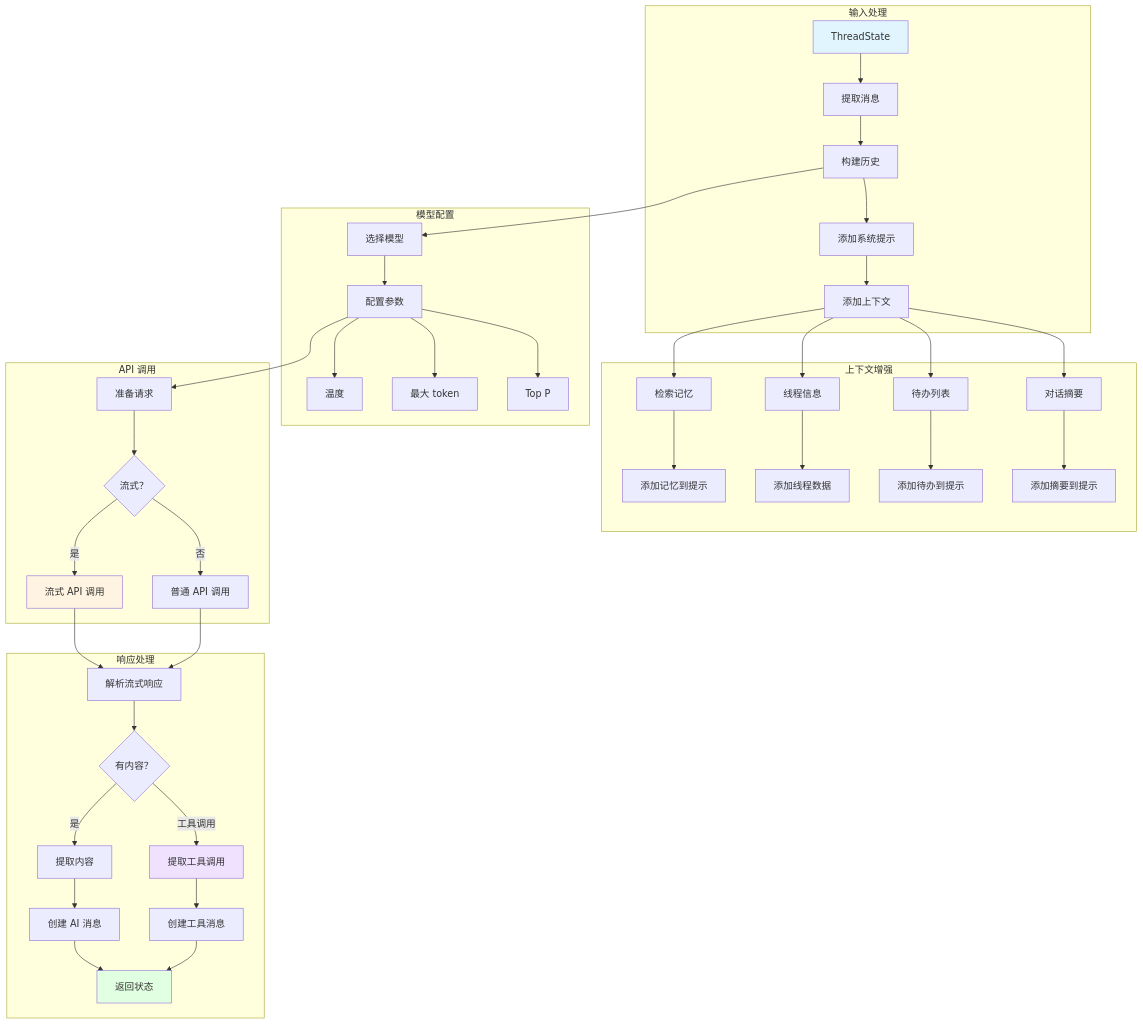
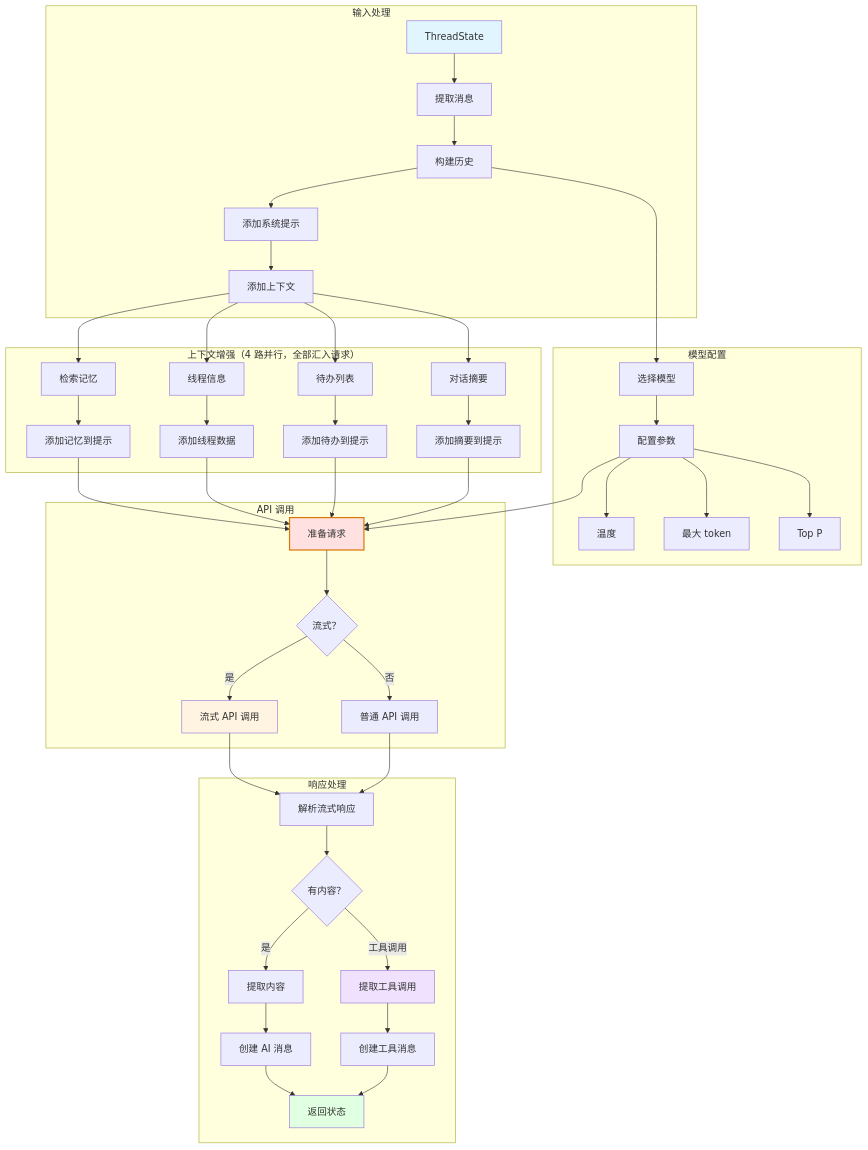
Before and after one commit to Chris-debug-0225/deer-flow: the fifth of 8 diagrams in docs/flowchart/03-lead-agent-calls.md, drawn with Mermaid. The commit also changed 1 other file, not shown here.

Commit message:
优化LLM 节点调用图

````diff
--- a/docs/flowchart/03-lead-agent-calls.md
+++ b/docs/flowchart/03-lead-agent-calls.md
@@ -279,58 +279,63 @@
 ```mermaid
 graph TB
     subgraph "输入处理"
         State[ThreadState] --> ExtractMsg[提取消息]
         ExtractMsg --> BuildHistory[构建历史]
         BuildHistory --> AddSystem[添加系统提示]
         AddSystem --> AddContext[添加上下文]
     end
-    
-    subgraph "上下文增强"
+
+    subgraph "上下文增强（4 路并行，全部汇入请求）"
         AddContext --> MemoryRetrieval[检索记忆]
         MemoryRetrieval --> AddMemoryCtx[添加记忆到提示]
-        
+
         AddContext --> ThreadInfo[线程信息]
         ThreadInfo --> AddThreadCtx[添加线程数据]
-        
+
         AddContext --> TodoList[待办列表]
         TodoList --> AddTodoCtx[添加待办到提示]
-        
+
         AddContext --> Summary[对话摘要]
         Summary --> AddSummaryCtx[添加摘要到提示]
     end
-    
+
     subgraph "模型配置"
         BuildHistory --> ModelSelect[选择模型]
         ModelSelect --> ConfigParams[配置参数]
         ConfigParams --> Temperature[温度]
         ConfigParams --> MaxTokens[最大 token]
         ConfigParams --> TopP[Top P]
     end
-    
+
     subgraph "API 调用"
-        ConfigParams --> PrepareRequest[准备请求]
+        AddMemoryCtx --> PrepareRequest[准备请求]
+        AddThreadCtx --> PrepareRequest
+        AddTodoCtx --> PrepareRequest
+        AddSummaryCtx --> PrepareRequest
+        ConfigParams --> PrepareRequest
         PrepareRequest --> Stream{流式？}
-        Stream -->|是 | StreamCall[流式 API 调用]
-        Stream -->|否 | NormalCall[普通 API 调用]
+        Stream -->|是| StreamCall[流式 API 调用]
+        Stream -->|否| NormalCall[普通 API 调用]
     end
-    
+
     subgraph "响应处理"
         StreamCall --> ParseStream[解析流式响应]
         NormalCall --> ParseStream
-        
+
         ParseStream --> CheckContent{有内容？}
-        CheckContent -->|是 | ExtractContent[提取内容]
-        CheckContent -->|工具调用 | ExtractTool[提取工具调用]
-        
+        CheckContent -->|是| ExtractContent[提取内容]
+        CheckContent -->|工具调用| ExtractTool[提取工具调用]
+
         ExtractContent --> CreateMessage[创建 AI 消息]
         ExtractTool --> CreateToolMessage[创建工具消息]
-        
+
         CreateMessage --> ReturnState[返回状态]
         CreateToolMessage --> ReturnState
     end
-    
+
     style State fill:#e1f5ff
     style ReturnState fill:#e1ffe1
     style StreamCall fill:#fff4e1
     style ExtractTool fill:#f0e1ff
+    style PrepareRequest fill:#ffe1e1,stroke:#d97706,stroke-width:2px
 ```
````
